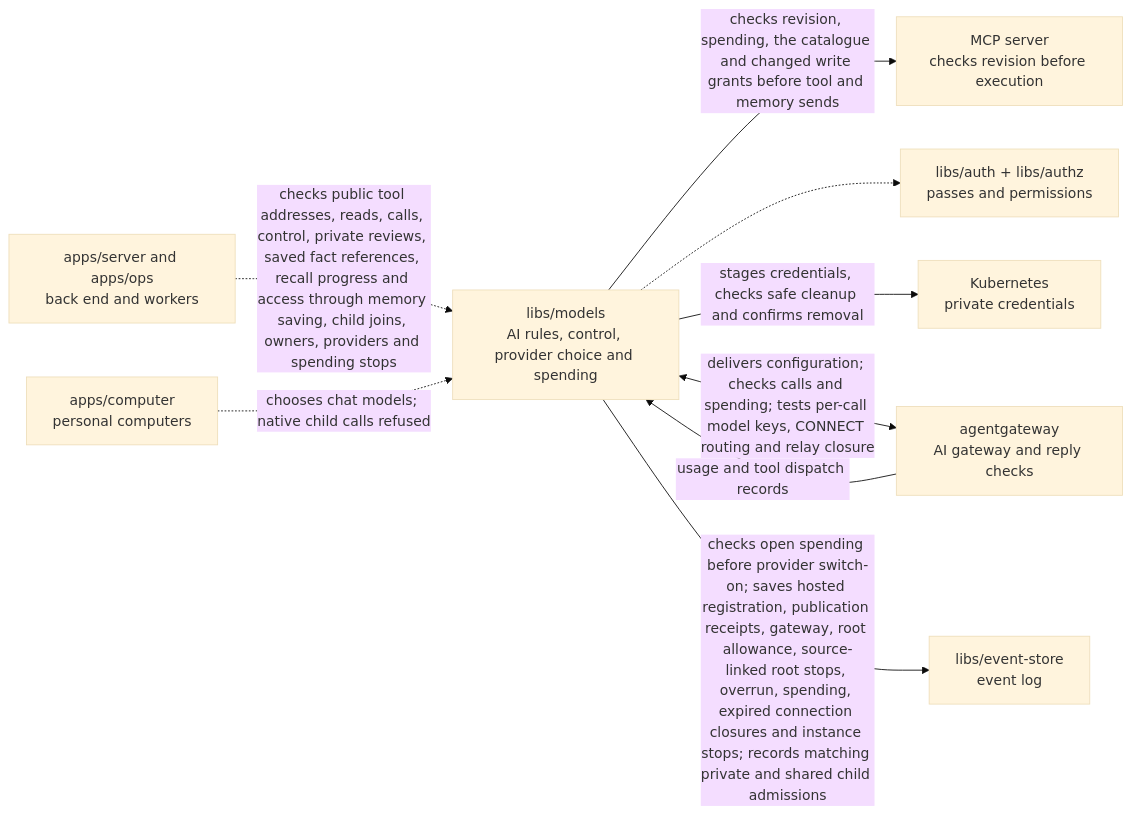
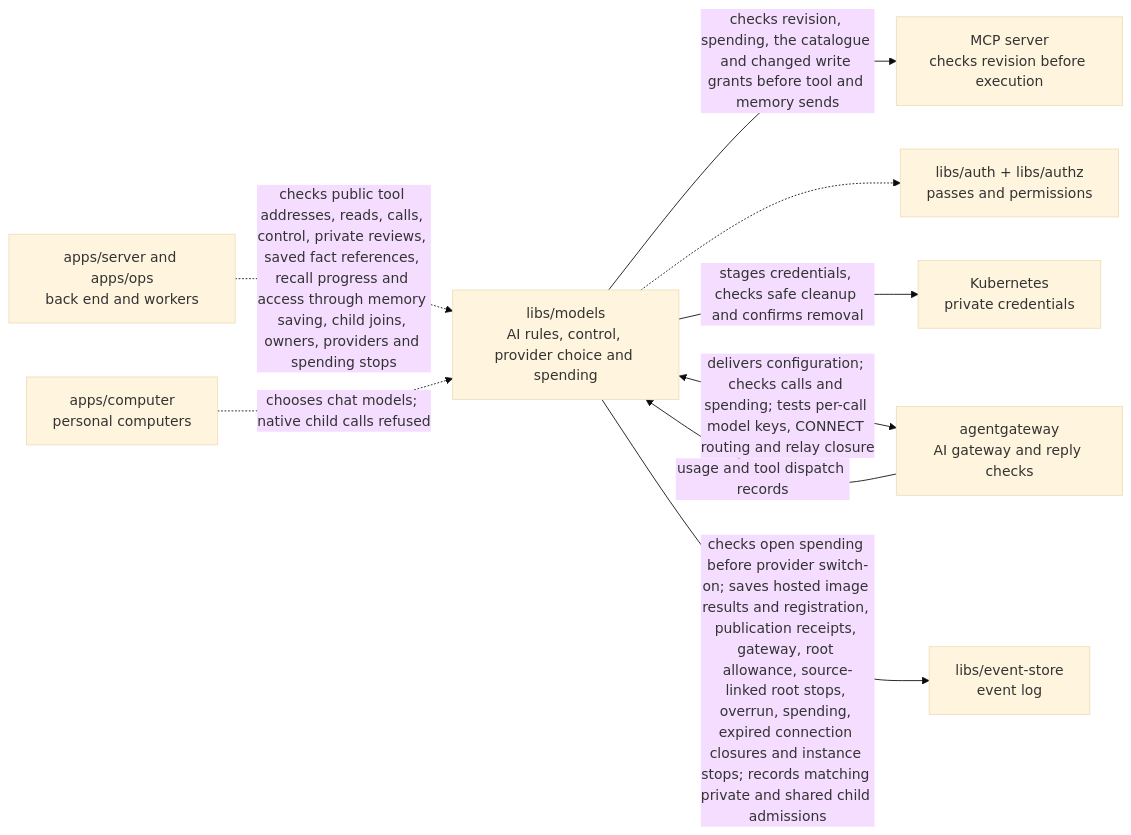
One commit to elewa-git/opencrane-new changed the diagram in libs/models/README.md. Above: the diagram before and after it, drawn with Mermaid (base theme). The commit also changed other lines of this file and 22 other files, not shown here.

Commit message:
📦 Record dated hosted image admission and expose admin status

````diff
--- a/libs/models/README.md
+++ b/libs/models/README.md
@@ -14,11 +14,11 @@
 ```mermaid
 flowchart LR
   server["apps/server and apps/ops<br/>back end and workers"] -.->|checks public tool addresses, reads, calls, control, private reviews, saved fact references, recall progress and access through memory saving, child joins, owners, providers and spending stops| models["libs/models<br/>AI rules, control, provider choice and spending"]
   models -->|checks revision, spending, the catalogue and changed write grants before tool and memory sends| mcp["MCP server<br/>checks revision before execution"]
   computer["apps/computer<br/>personal computers"] -.->|chooses chat models; native child calls refused| models
   models -.-> auth["libs/auth + libs/authz<br/>passes and permissions"]
   models -->|stages credentials, checks safe cleanup and confirms removal| custody["Kubernetes<br/>private credentials"]
   models <-->|delivers configuration; checks calls and spending; tests per-call model keys, CONNECT routing and relay closure| gateway["agentgateway<br/>AI gateway and reply checks"]
   gateway -->|usage and tool dispatch records| models
-  models -->|checks open spending before provider switch-on; saves hosted registration, publication receipts, gateway, root allowance, source-linked root stops, overrun, spending, expired connection closures and instance stops; records matching private and shared child admissions| store["libs/event-store<br/>event log"]
+  models -->|checks open spending before provider switch-on; saves hosted image results and registration, publication receipts, gateway, root allowance, source-linked root stops, overrun, spending, expired connection closures and instance stops; records matching private and shared child admissions| store["libs/event-store<br/>event log"]
 ```
````
